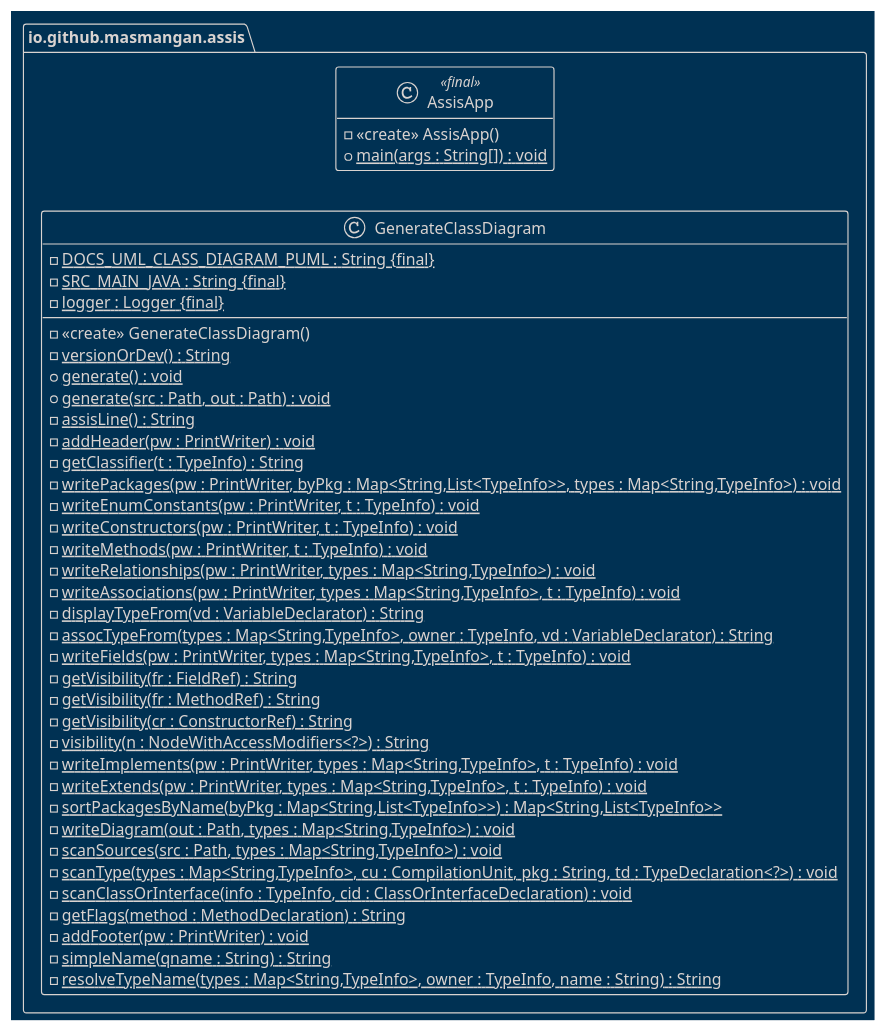
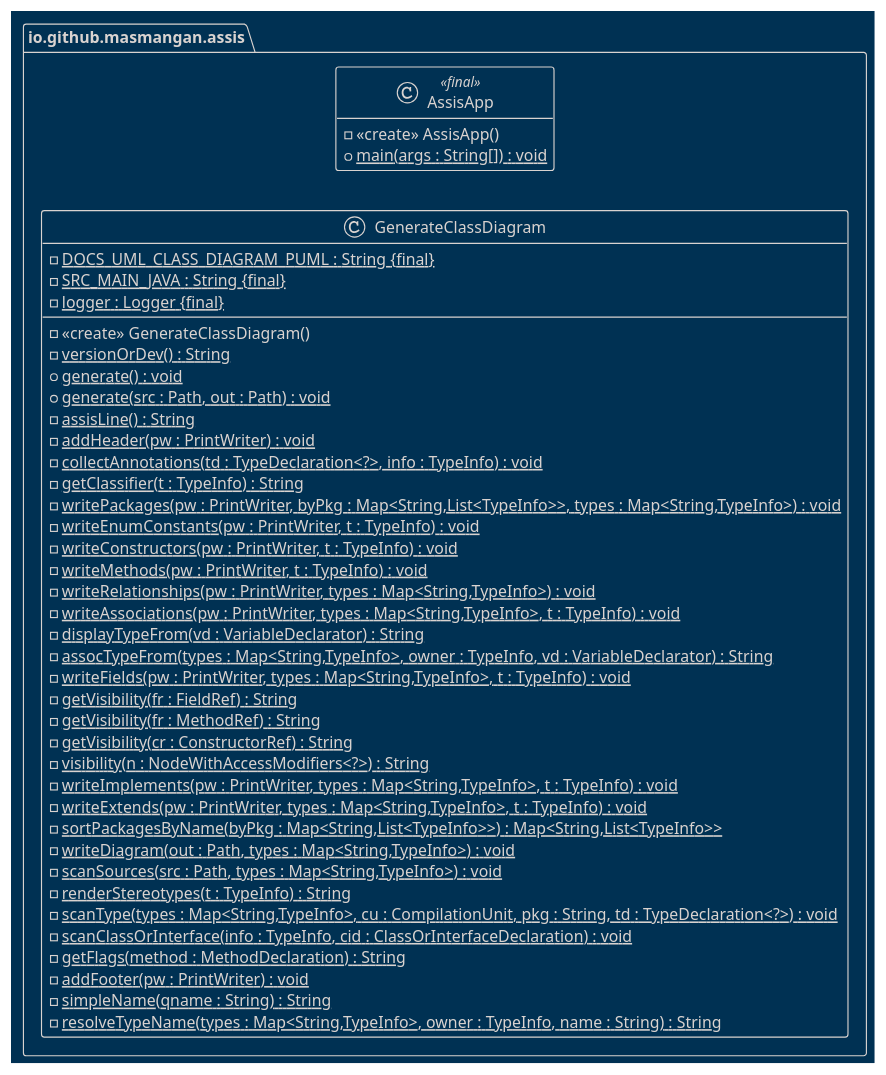
Before and after one commit to masmangan/javaparser-to-plantuml: the diagram in docs/diagrams/src/class-diagram.puml, drawn with PlantUML.

Commit message:
chore: Update ASSIS class diagram.

```diff
--- a/docs/diagrams/src/class-diagram.puml
+++ b/docs/diagrams/src/class-diagram.puml
@@ -1,56 +1,58 @@
 @startuml class-diagram
 
 hide empty members
 
 !theme blueprint
 !pragma useIntermediatePackages false
 
 package "io.github.masmangan.assis" {
 class "io.github.masmangan.assis.AssisApp" <<final>> {
   - <<create>> AssisApp()
   + main(args : String[]) : void {static}
 }
 class "io.github.masmangan.assis.GenerateClassDiagram" {
   - {static} DOCS_UML_CLASS_DIAGRAM_PUML : String {final}
   - {static} SRC_MAIN_JAVA : String {final}
   - {static} logger : Logger {final}
   - <<create>> GenerateClassDiagram()
   - versionOrDev() : String {static}
   + generate() : void {static}
   + generate(src : Path, out : Path) : void {static}
   - assisLine() : String {static}
   - addHeader(pw : PrintWriter) : void {static}
+  - collectAnnotations(td : TypeDeclaration<?>, info : TypeInfo) : void {static}
   - getClassifier(t : TypeInfo) : String {static}
   - writePackages(pw : PrintWriter, byPkg : Map<String,List<TypeInfo>>, types : Map<String,TypeInfo>) : void {static}
   - writeEnumConstants(pw : PrintWriter, t : TypeInfo) : void {static}
   - writeConstructors(pw : PrintWriter, t : TypeInfo) : void {static}
   - writeMethods(pw : PrintWriter, t : TypeInfo) : void {static}
   - writeRelationships(pw : PrintWriter, types : Map<String,TypeInfo>) : void {static}
   - writeAssociations(pw : PrintWriter, types : Map<String,TypeInfo>, t : TypeInfo) : void {static}
   - displayTypeFrom(vd : VariableDeclarator) : String {static}
   - assocTypeFrom(types : Map<String,TypeInfo>, owner : TypeInfo, vd : VariableDeclarator) : String {static}
   - writeFields(pw : PrintWriter, types : Map<String,TypeInfo>, t : TypeInfo) : void {static}
   - getVisibility(fr : FieldRef) : String {static}
   - getVisibility(fr : MethodRef) : String {static}
   - getVisibility(cr : ConstructorRef) : String {static}
   - visibility(n : NodeWithAccessModifiers<?>) : String {static}
   - writeImplements(pw : PrintWriter, types : Map<String,TypeInfo>, t : TypeInfo) : void {static}
   - writeExtends(pw : PrintWriter, types : Map<String,TypeInfo>, t : TypeInfo) : void {static}
   - sortPackagesByName(byPkg : Map<String,List<TypeInfo>>) : Map<String,List<TypeInfo>> {static}
   - writeDiagram(out : Path, types : Map<String,TypeInfo>) : void {static}
   - scanSources(src : Path, types : Map<String,TypeInfo>) : void {static}
+  - renderStereotypes(t : TypeInfo) : String {static}
   - scanType(types : Map<String,TypeInfo>, cu : CompilationUnit, pkg : String, td : TypeDeclaration<?>) : void {static}
   - scanClassOrInterface(info : TypeInfo, cid : ClassOrInterfaceDeclaration) : void {static}
   - getFlags(method : MethodDeclaration) : String {static}
   - addFooter(pw : PrintWriter) : void {static}
   - simpleName(qname : String) : String {static}
   - resolveTypeName(types : Map<String,TypeInfo>, owner : TypeInfo, name : String) : String {static}
 }
 }
 
 left to right direction
 
 ' Generated with ASSIS (Java -> UML)
 ' https://github.com/masmangan/assis
 
 @enduml
```
